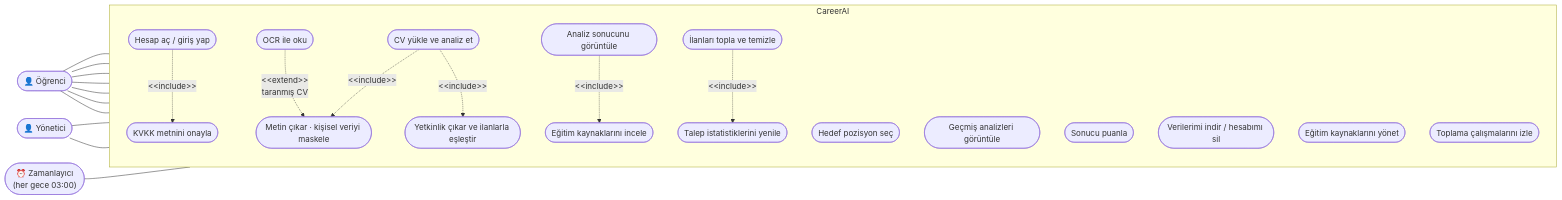
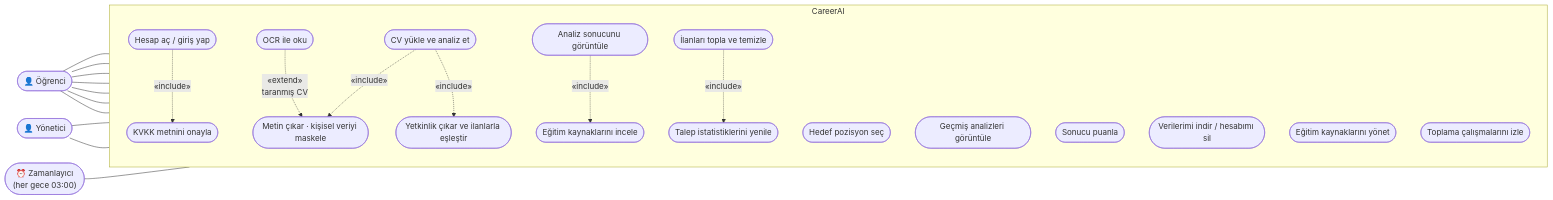
Before and after one commit to AtaberkCakir2/Cv-ne-bakal-m-: the diagram in docs/diagrams/use-case.md, drawn with Mermaid. The commit also changed other lines of this file and 2 other files, not shown here.

Commit message:
docs: diyagram düzeltmeleri, T-024 Tamamlandı
- Use case: «include»/«extend» etiketleri GitHub'da görünür hale getirildi
- ERD notu düzeltildi

````diff
--- a/docs/diagrams/use-case.md
+++ b/docs/diagrams/use-case.md
@@ -5,49 +5,49 @@
 ```mermaid
 flowchart LR
     ogrenci(["👤 Öğrenci"])
     admin(["👤 Yönetici"])
     zaman(["⏰ Zamanlayıcı<br/>(her gece 03:00)"])
 
     subgraph sistem["CareerAI"]
         direction TB
         UC1(["Hesap aç / giriş yap"])
         UC2(["KVKK metnini onayla"])
         UC3(["Hedef pozisyon seç"])
         UC4(["CV yükle ve analiz et"])
         UC5(["Analiz sonucunu görüntüle"])
         UC6(["Eğitim kaynaklarını incele"])
         UC7(["Geçmiş analizleri görüntüle"])
         UC8(["Sonucu puanla"])
         UC9(["Verilerimi indir / hesabımı sil"])
 
         UC10(["Metin çıkar · kişisel veriyi maskele"])
         UC11(["Yetkinlik çıkar ve ilanlarla eşleştir"])
         UC12(["OCR ile oku"])
 
         UC13(["Eğitim kaynaklarını yönet"])
         UC14(["Toplama çalışmalarını izle"])
 
         UC15(["İlanları topla ve temizle"])
         UC16(["Talep istatistiklerini yenile"])
     end
 
     ogrenci --- UC1
     ogrenci --- UC3
     ogrenci --- UC4
     ogrenci --- UC5
     ogrenci --- UC7
     ogrenci --- UC8
     ogrenci --- UC9
 
     admin --- UC13
     admin --- UC14
 
     zaman --- UC15
 
-    UC1 -. "&lt;&lt;include&gt;&gt;" .-> UC2
-    UC4 -. "&lt;&lt;include&gt;&gt;" .-> UC10
-    UC4 -. "&lt;&lt;include&gt;&gt;" .-> UC11
-    UC12 -. "&lt;&lt;extend&gt;&gt;<br/>taranmış CV" .-> UC10
-    UC5 -. "&lt;&lt;include&gt;&gt;" .-> UC6
-    UC15 -. "&lt;&lt;include&gt;&gt;" .-> UC16
+    UC1 -. "«include»" .-> UC2
+    UC4 -. "«include»" .-> UC10
+    UC4 -. "«include»" .-> UC11
+    UC12 -. "«extend»<br/>taranmış CV" .-> UC10
+    UC5 -. "«include»" .-> UC6
+    UC15 -. "«include»" .-> UC16
 ```
````
